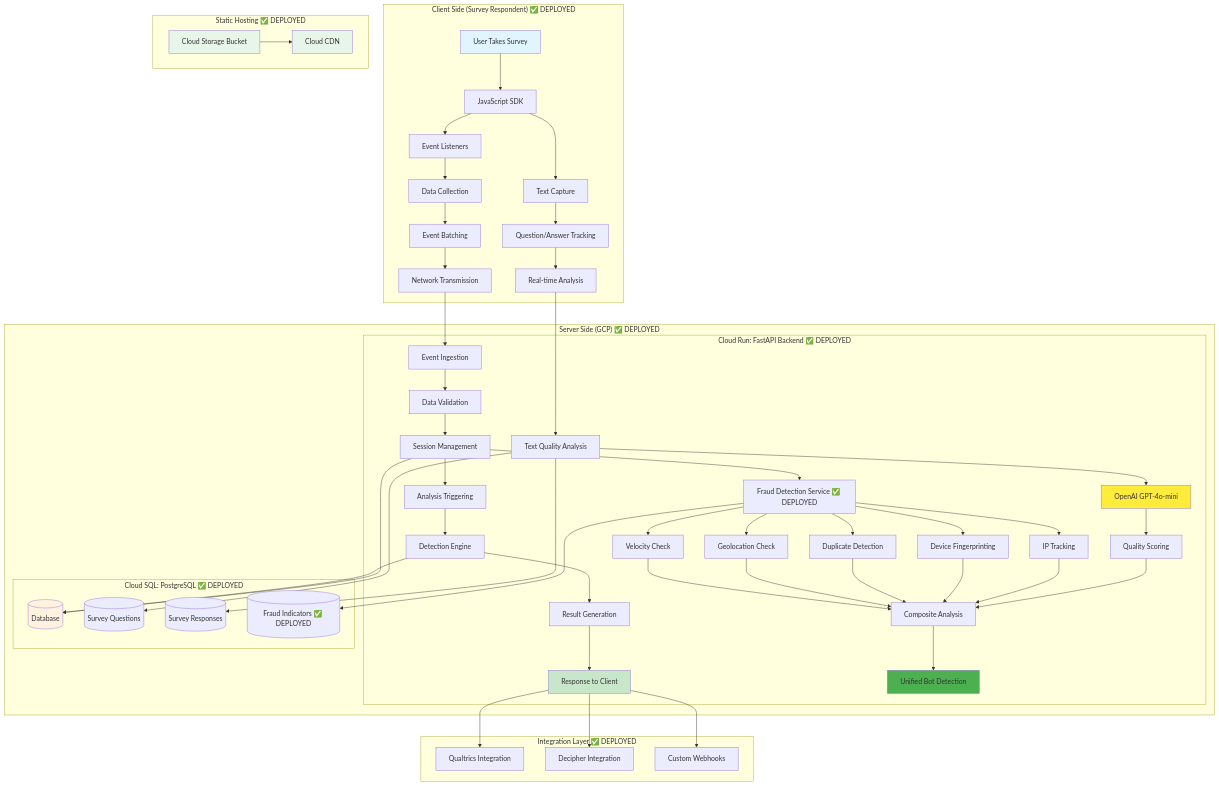
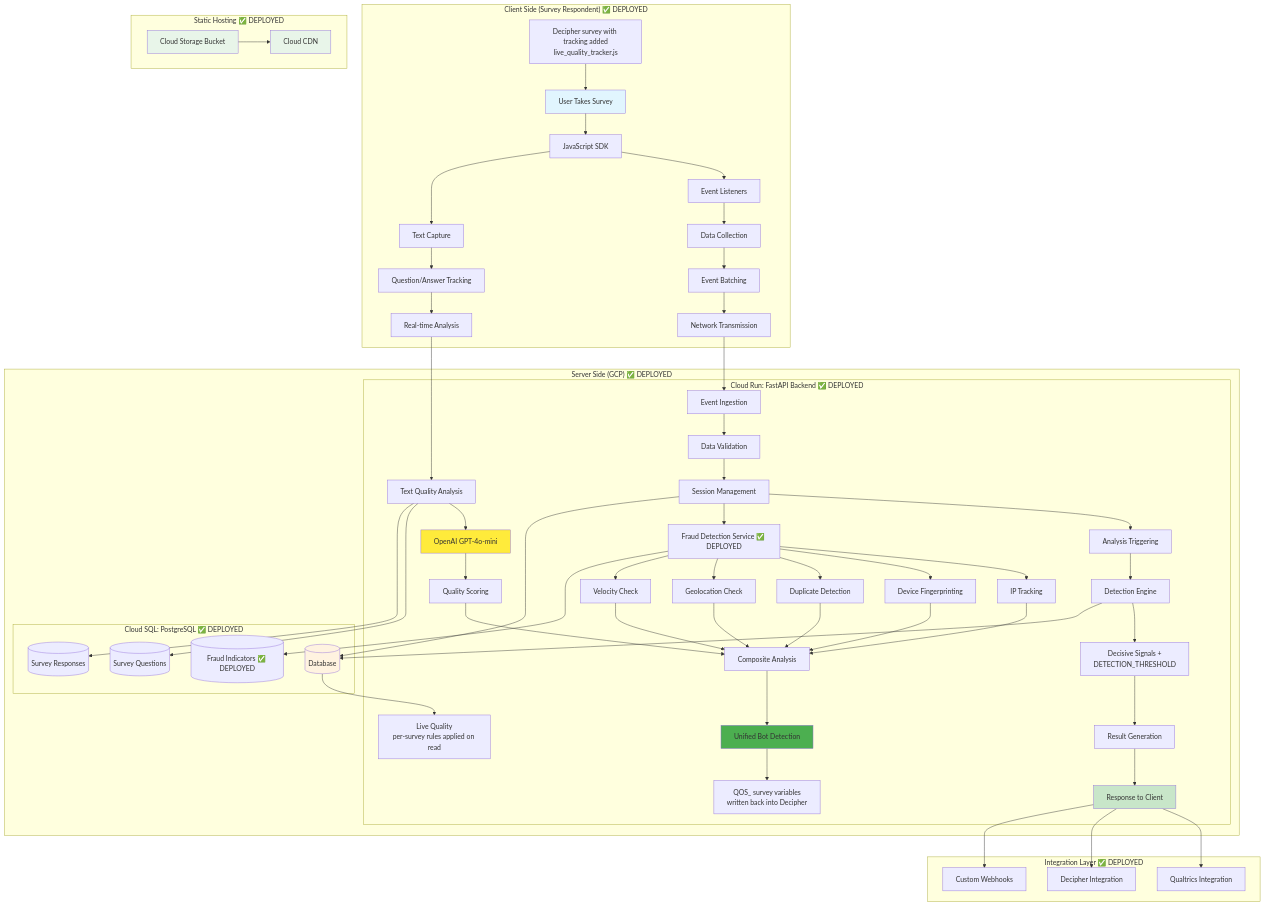
Before and after one commit to halderavik/bot_detection_live: the first of 15 diagrams in bot_detection_flow.md, drawn with Mermaid. The commit also changed other lines of this file and 19 other files, not shown here.

First line of the commit message:
Update all documentation for live quality, Decipher tracking, settings and the new dashboard.

````diff
--- a/bot_detection_flow.md
+++ b/bot_detection_flow.md
@@ -70,75 +74,80 @@
 ```mermaid
 graph TB
     subgraph "Client Side (Survey Respondent) ✅ DEPLOYED"
+        A0[Decipher survey with tracking added<br/>live_quality_tracker.js] --> A
         A[User Takes Survey] --> B[JavaScript SDK]
         B --> C[Event Listeners]
         C --> D[Data Collection]
         D --> E[Event Batching]
         E --> F[Network Transmission]
         B --> T[Text Capture]
         T --> U[Question/Answer Tracking]
         U --> V[Real-time Analysis]
     end
     
     subgraph "Server Side (GCP) ✅ DEPLOYED"
         subgraph "Cloud Run: FastAPI Backend ✅ DEPLOYED"
             F --> G[Event Ingestion]
             G --> H[Data Validation]
             H --> I[Session Management]
             I --> J[Analysis Triggering]
             J --> K[Detection Engine]
-            K --> L[Result Generation]
+            K --> K1[Decisive Signals +<br/>DETECTION_THRESHOLD]
+            K1 --> L[Result Generation]
             L --> M[Response to Client]
             V --> W[Text Quality Analysis]
             W --> X[OpenAI GPT-4o-mini]
             X --> Y[Quality Scoring]
             Y --> Z[Composite Analysis]
             Z --> AA[Unified Bot Detection]
+            AA --> QV[QOS_ survey variables<br/>written back into Decipher]
+            LQ[Live Quality<br/>per-survey rules applied on read]
             I --> AB[Fraud Detection Service ✅ DEPLOYED]
             AB --> AC[IP Tracking]
             AB --> AD[Device Fingerprinting]
             AB --> AE[Duplicate Detection]
             AB --> AF[Geolocation Check]
             AB --> AG[Velocity Check]
             AC --> Z
             AD --> Z
             AE --> Z
             AF --> Z
             AG --> Z
         end
         subgraph "Cloud SQL: PostgreSQL ✅ DEPLOYED"
             N[(Database)]
             BB[(Survey Questions)]
             CC[(Survey Responses)]
             DD[(Fraud Indicators ✅ DEPLOYED)]
         end
         I --> N
         K --> N
+        N --> LQ
             W --> BB
             W --> CC
             AB --> DD
     end
     
     subgraph "Static Hosting ✅ DEPLOYED"
         R[Cloud Storage Bucket]
         S[Cloud CDN]
         R --> S
     end
     
     subgraph "Integration Layer ✅ DEPLOYED"
         O[Qualtrics Integration]
         P[Decipher Integration]
         Q[Custom Webhooks]
         M --> O
         M --> P
         M --> Q
     end
     
     style A fill:#e1f5fe
     style M fill:#c8e6c9
     style N fill:#fff3e0
     style R fill:#e8f5e9
     style S fill:#e8f5e9
     style X fill:#ffeb3b
     style AA fill:#4caf50
 ```
````
